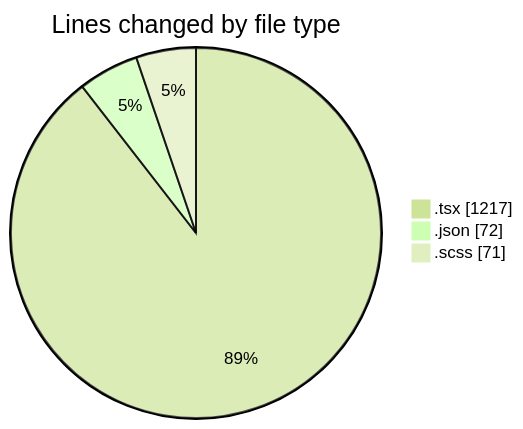
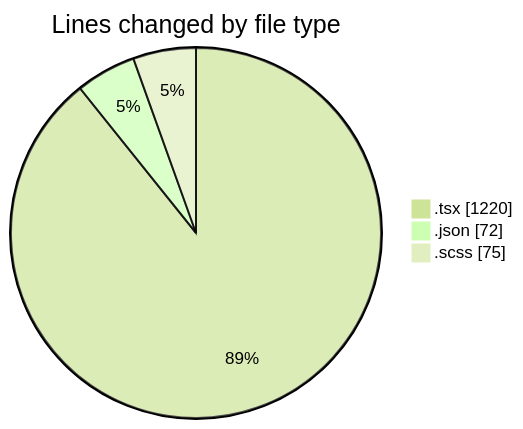
The first of 2 diagrams in 2026-11-11/cda/README.md (momahboobian/code-tracking), drawn with Mermaid (forest theme) before and after one commit. The commit also changed other lines of this file and 1 other file, not shown here.

````diff
--- a/2026-11-11/cda/README.md
+++ b/2026-11-11/cda/README.md
@@ -26,7 +26,7 @@
 ```mermaid
 pie showData
 title Lines changed by file type
-".tsx" : 1217
+".tsx" : 1220
 ".json" : 72
-".scss" : 71
+".scss" : 75
 ```
````
